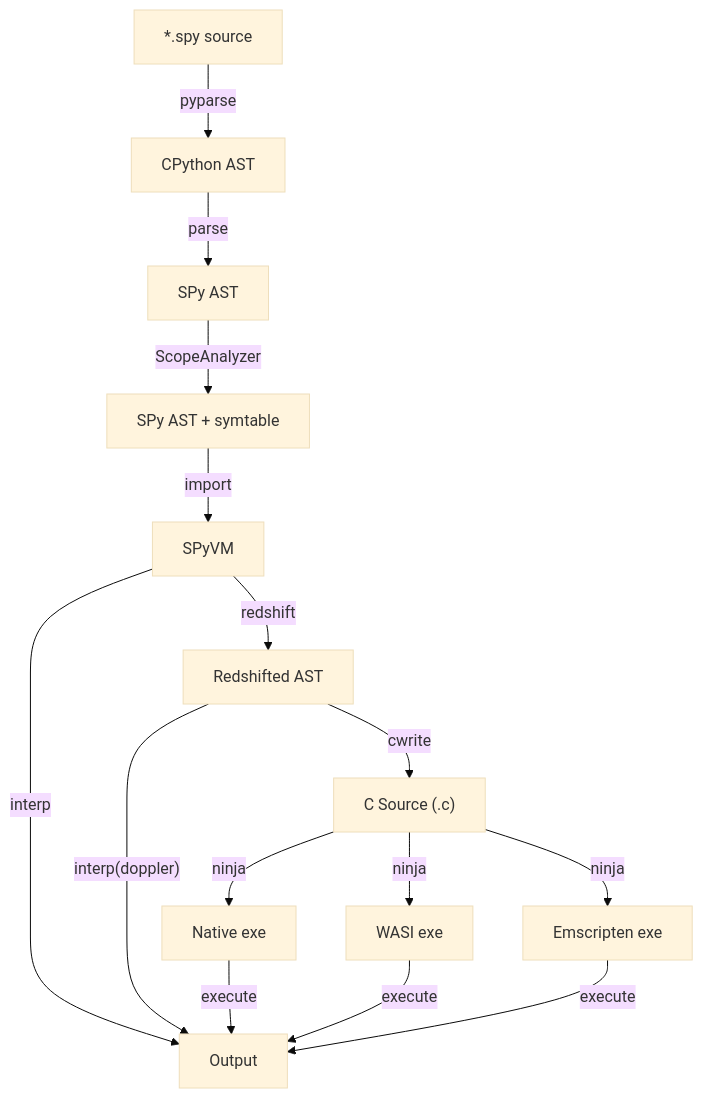
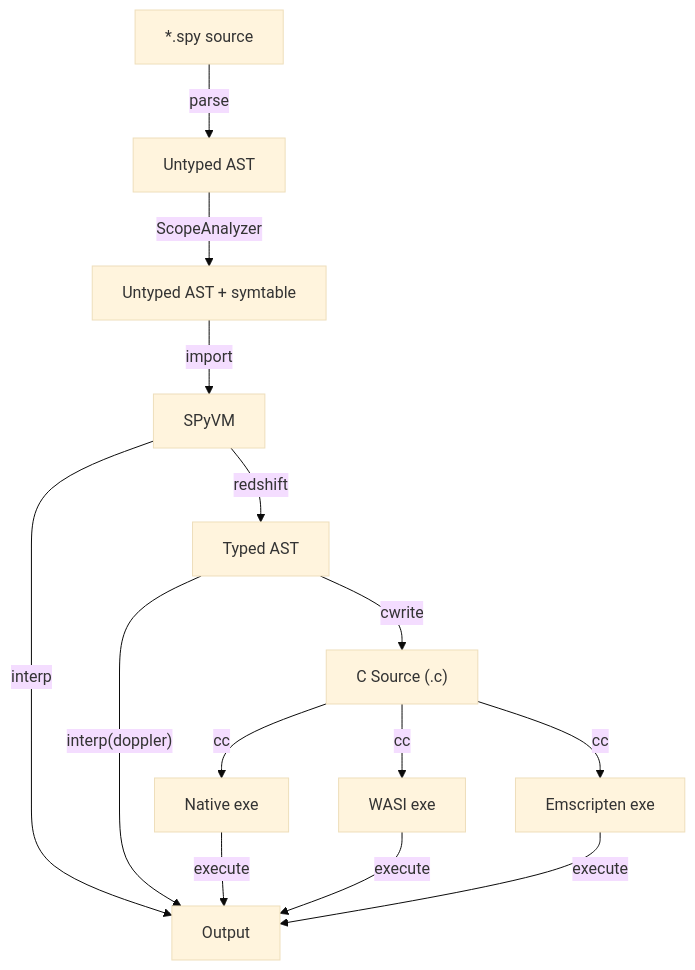
The diagram in blog/posts/2026/03-spy-semantics/index.md (antocuni/antocuni.github.io), drawn with Mermaid (base theme) before and after one commit. The commit also changed other lines of this file, not shown here.

Commit message:
improve pipeline diagram

````diff
--- a/blog/posts/2026/03-spy-semantics/index.md
+++ b/blog/posts/2026/03-spy-semantics/index.md
@@ -113,24 +113,23 @@
 ```mermaid
 graph TD
 
     SRC["*.spy source"]
-    PYAST["CPython AST"]
-    AST["SPy AST"]
-    SYMAST["SPy AST + symtable"]
+    AST["Untyped AST"]
+    SYMAST["Untyped AST + symtable"]
     SPyVM["SPyVM"]
-    REDSHIFTED["Redshifted AST"]
+    REDSHIFTED["Typed AST"]
     OUT["Output"]
     C["C Source (.c)"]
     EXE_NAT["Native exe"]
     EXE_WASI["WASI exe"]
     EXE_EM["Emscripten exe"]
 
     %% Core pipeline
-    SRC -- pyparse --> PYAST -- parse --> AST -- ScopeAnalyzer --> SYMAST
+    SRC -- parse --> AST -- ScopeAnalyzer --> SYMAST
     SYMAST -- import --> SPyVM -- interp --> OUT
     SPyVM -- redshift --> REDSHIFTED -- cwrite --> C
     REDSHIFTED -- interp(doppler) --> OUT
-    C -- ninja --> EXE_NAT -- execute --> OUT
-    C -- ninja --> EXE_WASI -- execute --> OUT
-    C -- ninja --> EXE_EM -- execute --> OUT
+    C -- cc --> EXE_NAT -- execute --> OUT
+    C -- cc --> EXE_WASI -- execute --> OUT
+    C -- cc --> EXE_EM -- execute --> OUT
 ```
````
